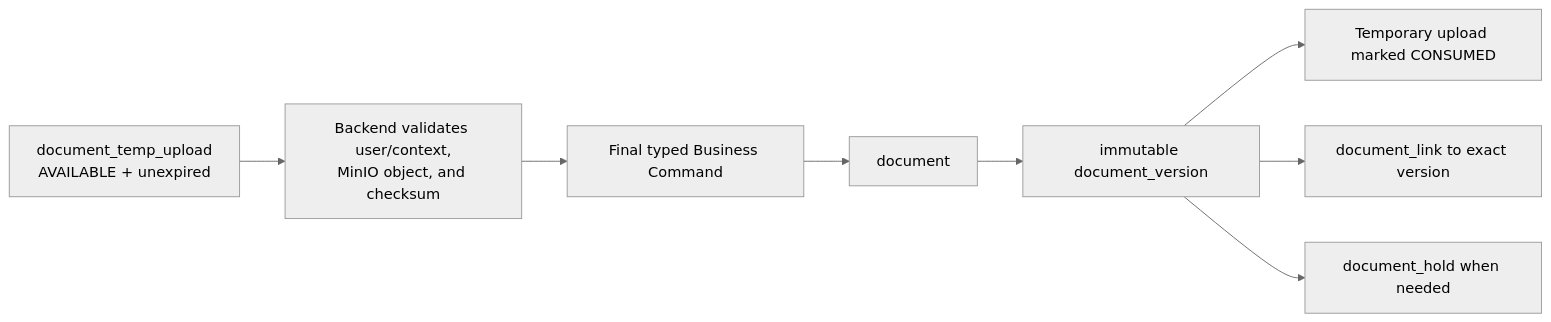
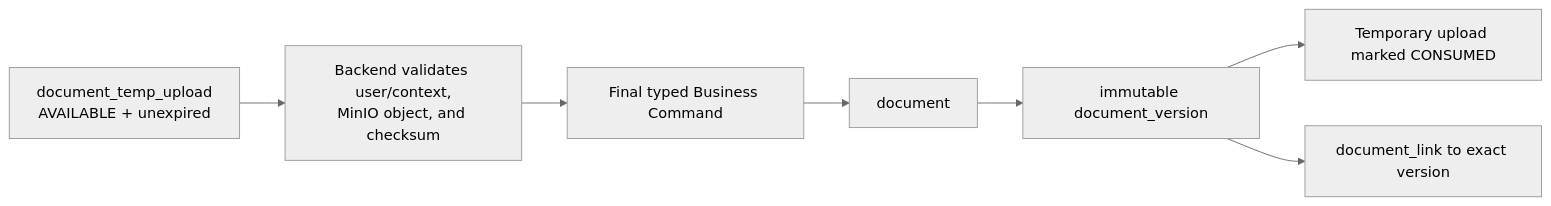
The third of 3 diagrams in grcpc-docs/master-data/dependency-map.md (cheshmapoosh/digiaudit-grcpc), drawn with Mermaid (neutral theme) before and after one commit. The commit also changed other lines of this file and 10 other files, not shown here.

````diff
--- a/grcpc-docs/master-data/dependency-map.md
+++ b/grcpc-docs/master-data/dependency-map.md
@@ -246,18 +244,16 @@
 ```mermaid
 flowchart LR
     Upload[document_temp_upload<br/>AVAILABLE + unexpired]
     Verify[Backend validates user/context,<br/>MinIO object, and checksum]
     Command[Final typed Business Command]
     Doc[document]
     Version[immutable document_version]
     Consume[Temporary upload marked CONSUMED]
     Link[document_link to exact version]
-    Hold[document_hold when needed]
 
     Upload --> Verify --> Command
     Command --> Doc
     Doc --> Version
     Version --> Consume
     Version --> Link
-    Version --> Hold
 ```
````
